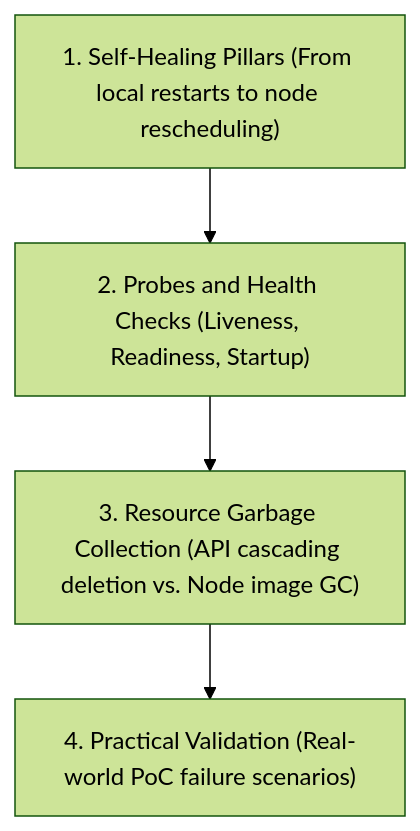
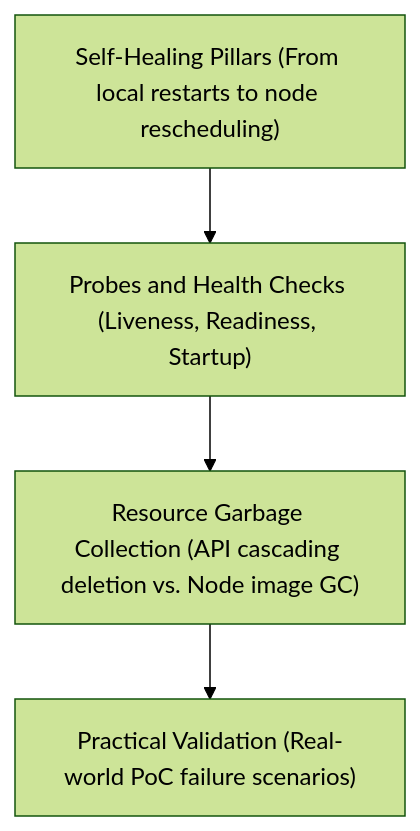
Before and after one commit to kmashour/BrainDump: the diagram in Reference Notes/04_workload_lifecycle_and_healing.md, drawn with Mermaid (forest theme). The commit also changed 15 other files, not shown here.

Commit message:
docs: remove leading numbers from mermaid node labels to avoid list parsing errors

````diff
--- a/Reference Notes/04_workload_lifecycle_and_healing.md
+++ b/Reference Notes/04_workload_lifecycle_and_healing.md
@@ -11,6 +11,6 @@
 ```mermaid
 graph TD
-    A["1. Self-Healing Pillars (From local restarts to node rescheduling)"] --> B["2. Probes and Health Checks (Liveness, Readiness, Startup)"]
-    B --> C["3. Resource Garbage Collection (API cascading deletion vs. Node image GC)"]
-    C --> D["4. Practical Validation (Real-world PoC failure scenarios)"]
+    A["Self-Healing Pillars (From local restarts to node rescheduling)"] --> B["Probes and Health Checks (Liveness, Readiness, Startup)"]
+    B --> C["Resource Garbage Collection (API cascading deletion vs. Node image GC)"]
+    C --> D["Practical Validation (Real-world PoC failure scenarios)"]
 ```
````
